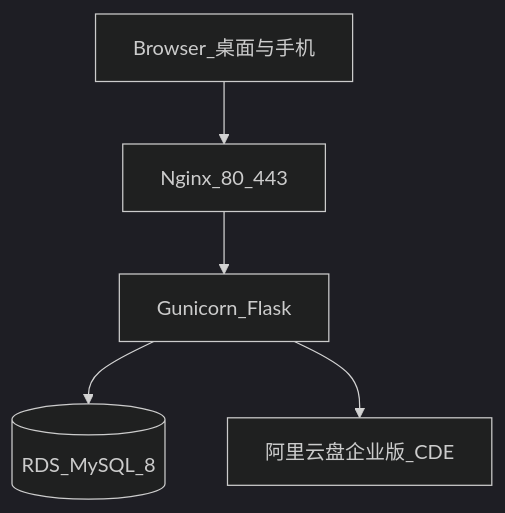
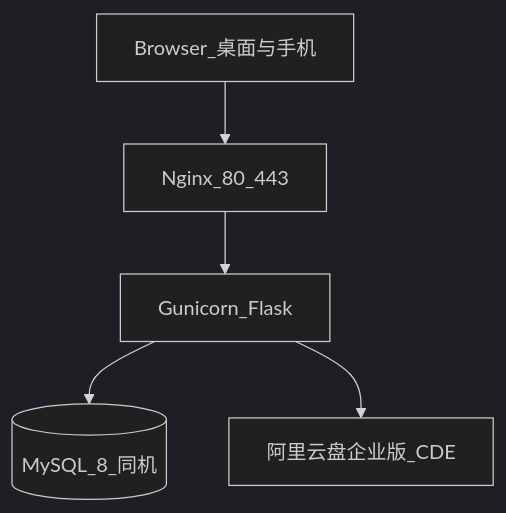
One commit to cmbmail/choir changed the first of 6 diagrams in docs/弦歌合唱团管理系统-需求与开发计划-v2.0.md. Above: the diagram before and after it, drawn with Mermaid (dark theme). The commit also changed other lines of this file and 45 other files, not shown here.

````diff
--- a/docs/弦歌合唱团管理系统-需求与开发计划-v2.0.md
+++ b/docs/弦歌合唱团管理系统-需求与开发计划-v2.0.md
@@ -112,12 +155,12 @@
 ```mermaid
 flowchart TB
   browser[Browser_桌面与手机]
   nginx[Nginx_80_443]
   gunicorn[Gunicorn_Flask]
-  rds[(RDS_MySQL_8)]
+  mysql[(MySQL_8_同机)]
   cde[阿里云盘企业版_CDE]
   browser --> nginx
   nginx --> gunicorn
-  gunicorn --> rds
+  gunicorn --> mysql
   gunicorn --> cde
 ```
````
